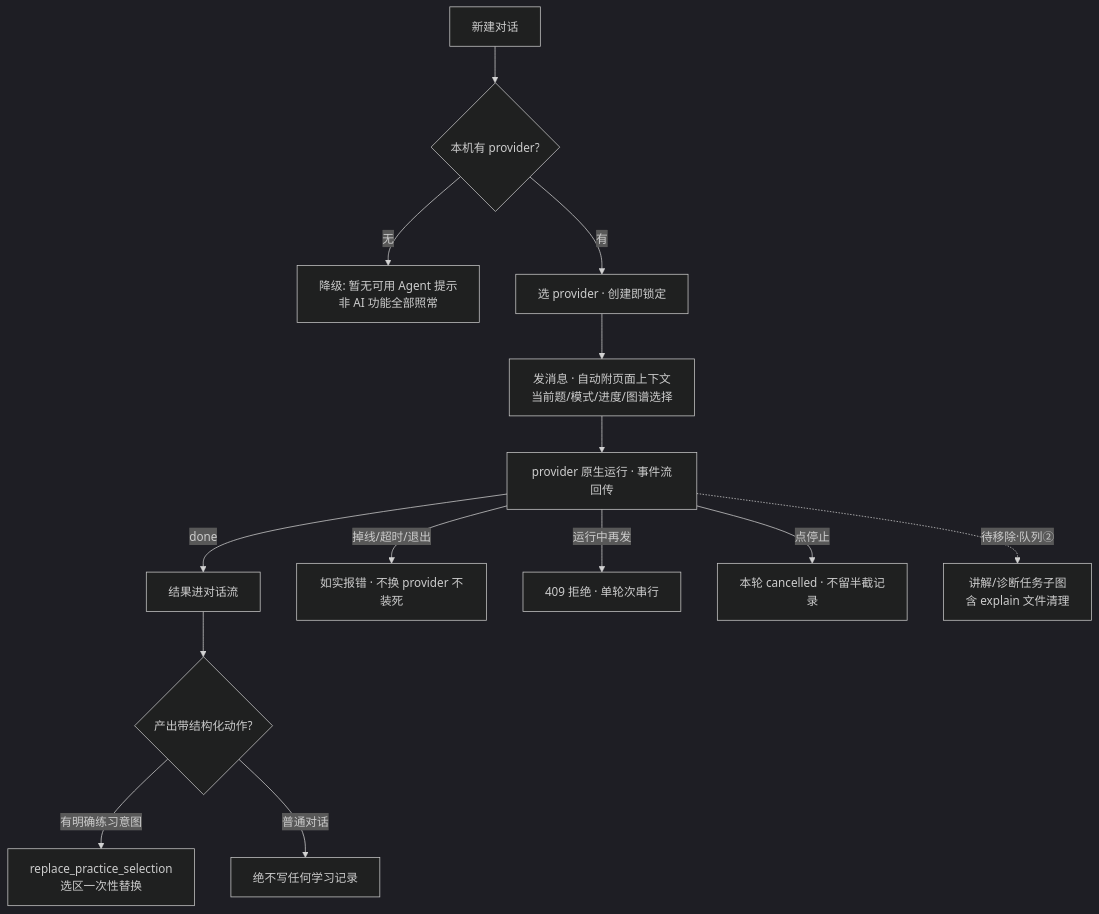
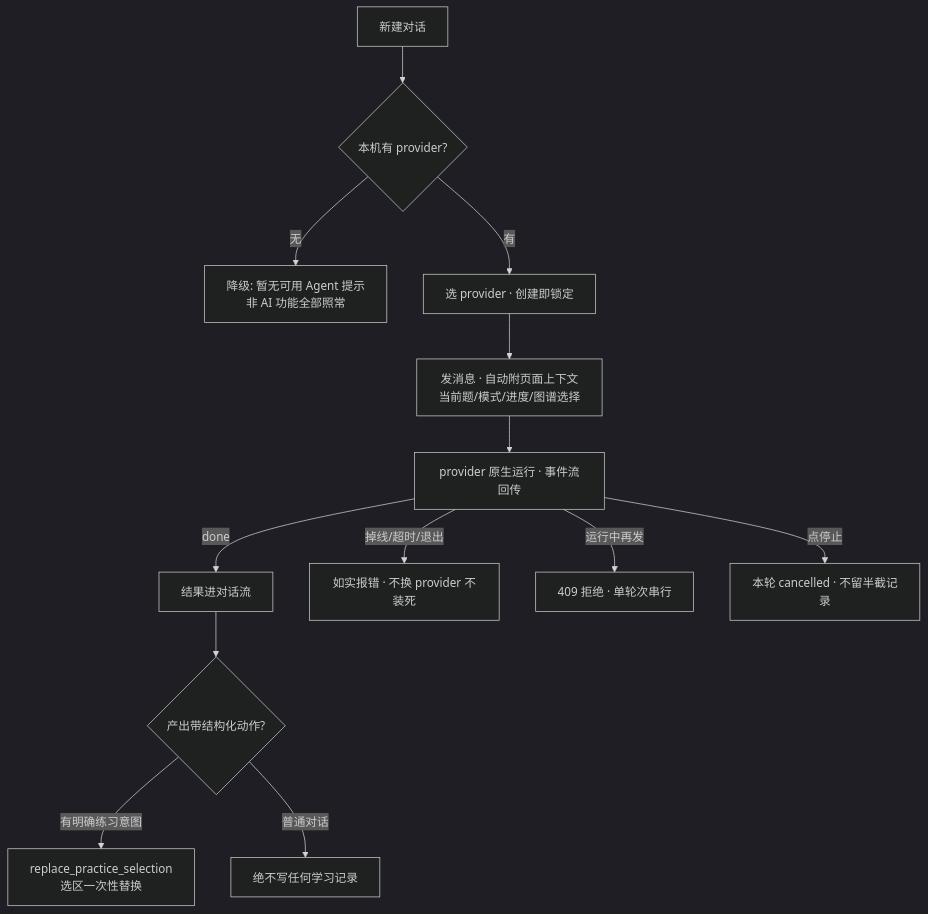
Before and after one commit to Amazinnn/Lesson-Kit: the fourth of 4 diagrams in docs/action-graph/L4-workflows.md, drawn with Mermaid (dark theme). The commit also changed 31 other files, not shown here.

````diff
--- a/docs/action-graph/L4-workflows.md
+++ b/docs/action-graph/L4-workflows.md
@@ -81,16 +81,15 @@
 ```mermaid
 flowchart TD
   A[新建对话] --> B{本机有 provider?}
   B -- 无 --> Z1[降级: 暂无可用 Agent 提示<br/>非 AI 功能全部照常]
   B -- 有 --> C[选 provider · 创建即锁定]
   C --> D[发消息 · 自动附页面上下文<br/>当前题/模式/进度/图谱选择]
   D --> E[provider 原生运行 · 事件流回传]
   E -- done --> F[结果进对话流]
   E -- 掉线/超时/退出 --> F1[如实报错 · 不换 provider 不装死]
   E -- 运行中再发 --> F2[409 拒绝 · 单轮次串行]
   E -- 点停止 --> F3[本轮 cancelled · 不留半截记录]
   F --> G{产出带结构化动作?}
   G -- 有明确练习意图 --> H[replace_practice_selection<br/>选区一次性替换]
   G -- 普通对话 --> I[绝不写任何学习记录]
-  E -.待移除·队列②.-> W[讲解/诊断任务子图<br/>含 explain 文件清理]
 ```
````
